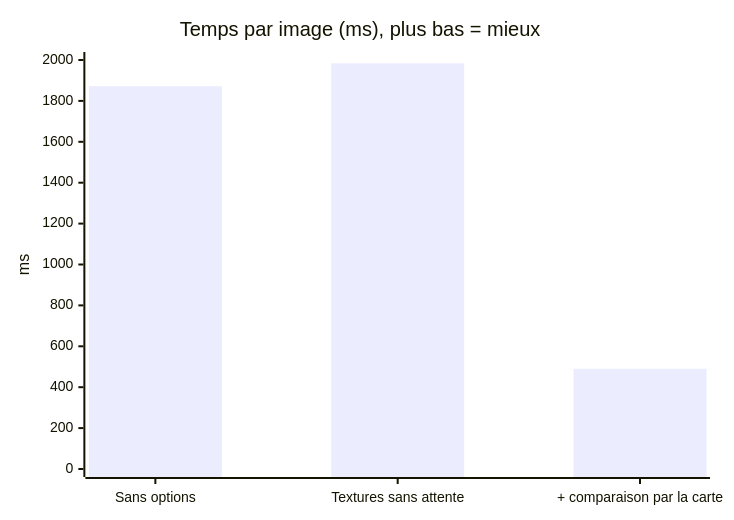
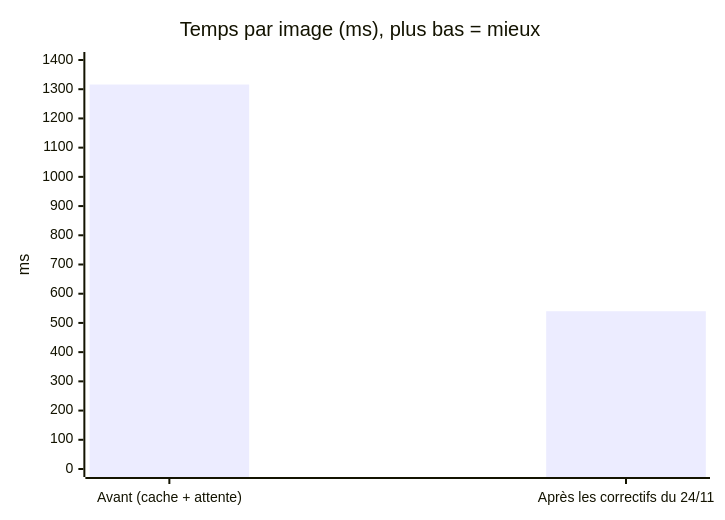
One commit to Cyanexani/cold-project-vi changed the second of 9 diagrams in README.md. Above: the diagram before and after it, drawn with Mermaid. The commit also changed other lines of this file and 11 other files, not shown here.

````diff
--- a/README.md
+++ b/README.md
@@ -82,7 +79,7 @@
 ```mermaid
 xychart-beta
     title "Temps par image (ms), plus bas = mieux"
-    x-axis ["Sans options", "Textures sans attente", "+ comparaison par la carte"]
-    y-axis "ms" 0 --> 2000
-    bar [1872, 1984, 490]
+    x-axis ["Avant (cache + attente)", "Après les correctifs du 24/11"]
+    y-axis "ms" 0 --> 1400
+    bar [1316, 540]
 ```
````
